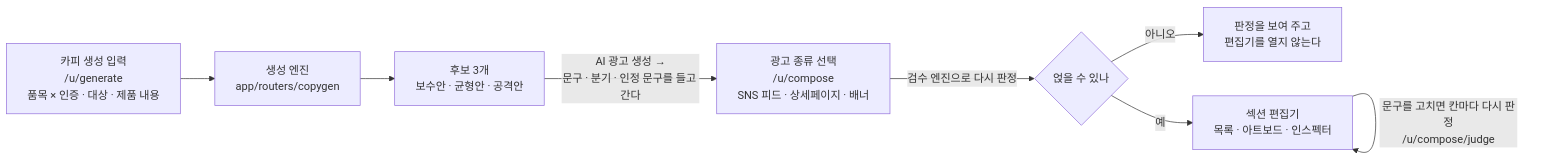
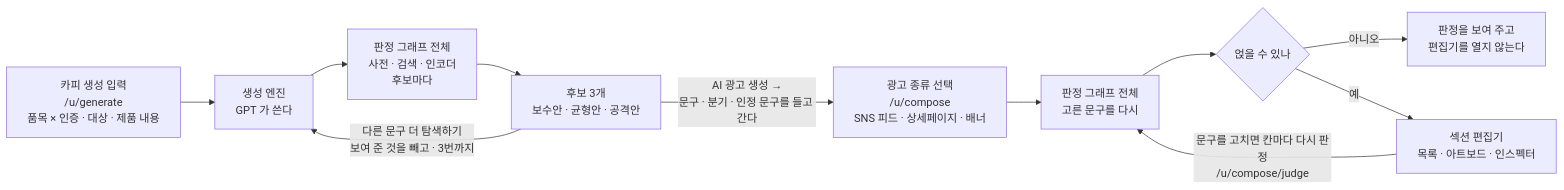
One commit to SKNETWORKS-FAMILY-AICAMP/SKN32-FINAL-3TEAM changed the first of 4 diagrams in docs/ksr/화면_변경기록_카피생성엔진_AI광고생성_ksr_2026-10-13.md. Above: the diagram before and after it, drawn with Mermaid. The commit also changed other lines of this file and 4 other files, not shown here.

First line of the commit message:
feat(ksr): 카피 생성 — 후보가 판정 그래프 전체를 지난다(사전 · 검색 · 인코더) · 변경 기록 문서 다시 씀

````diff
--- a/docs/ksr/화면_변경기록_카피생성엔진_AI광고생성_ksr_2026-10-13.md
+++ b/docs/ksr/화면_변경기록_카피생성엔진_AI광고생성_ksr_2026-10-13.md
@@ -18,10 +29,13 @@
 ```mermaid
 flowchart LR
-    A["카피 생성 입력<br/>/u/generate<br/>품목 × 인증 · 대상 · 제품 내용"] --> B["생성 엔진<br/>app/routers/copygen"]
-    B --> C["후보 3개<br/>보수안 · 균형안 · 공격안"]
+    A["카피 생성 입력<br/>/u/generate<br/>품목 × 인증 · 대상 · 제품 내용"] --> B["생성 엔진<br/>GPT 가 쓴다"]
+    B --> J1["판정 그래프 전체<br/>사전 · 검색 · 인코더<br/>후보마다"]
+    J1 --> C["후보 3개<br/>보수안 · 균형안 · 공격안"]
+    C -- "다른 문구 더 탐색하기<br/>보여 준 것을 빼고 · 3번까지" --> B
     C -- "AI 광고 생성 →<br/>문구 · 분기 · 인정 문구를 들고 간다" --> D["광고 종류 선택<br/>/u/compose<br/>SNS 피드 · 상세페이지 · 배너"]
-    D -- "검수 엔진으로 다시 판정" --> E{"얹을 수 있나"}
+    D --> J2["판정 그래프 전체<br/>고른 문구를 다시"]
+    J2 --> E{"얹을 수 있나"}
     E -- "아니오" --> F["판정을 보여 주고<br/>편집기를 열지 않는다"]
     E -- "예" --> G["섹션 편집기<br/>목록 · 아트보드 · 인스펙터"]
-    G -- "문구를 고치면 칸마다 다시 판정<br/>/u/compose/judge" --> G
+    G -- "문구를 고치면 칸마다 다시 판정<br/>/u/compose/judge" --> J2
 ```
````
